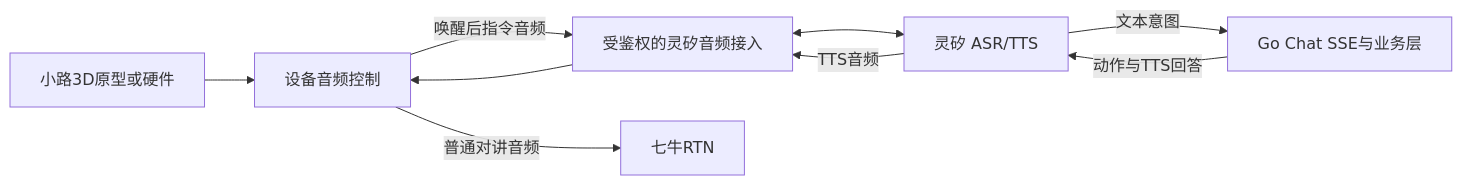
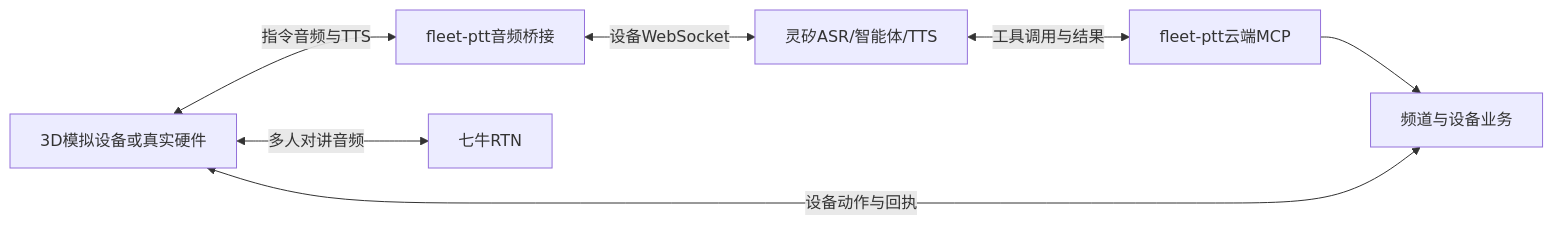
Before and after one commit to AdairZeng/fleet-ptt: the diagram in docs/linx-access.md, drawn with Mermaid. The commit also changed other lines of this file and 24 other files, not shown here.

````diff
--- a/docs/linx-access.md
+++ b/docs/linx-access.md
@@ -9,18 +9,15 @@
 ```mermaid
 flowchart LR
-  device[小路3D原型或硬件]
-  audio[设备音频控制]
-  bridge[受鉴权的灵矽音频接入]
-  linx[灵矽 ASR/TTS]
-  chat[Go Chat SSE与业务层]
+  device[3D模拟设备或真实硬件]
+  bridge[fleet-ptt音频桥接]
+  linx[灵矽ASR/智能体/TTS]
+  mcp[fleet-ptt云端MCP]
+  business[频道与设备业务]
   rtn[七牛RTN]
-
-  device --> audio
-  audio -->|唤醒后指令音频| bridge
-  bridge <--> linx
-  linx -->|文本意图| chat
-  chat -->|动作与TTS回答| linx
-  linx -->|TTS音频| bridge
-  bridge --> audio
-  audio -->|普通对讲音频| rtn
+  device <-->|指令音频与TTS| bridge
+  bridge <-->|设备WebSocket| linx
+  linx <-->|工具调用与结果| mcp
+  mcp --> business
+  business <-->|设备动作与回执| device
+  device <-->|多人对讲音频| rtn
 ```
````
